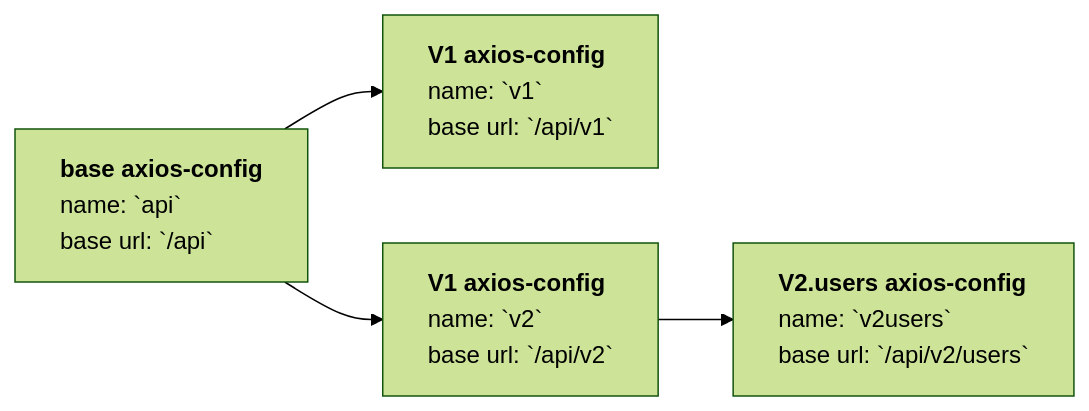
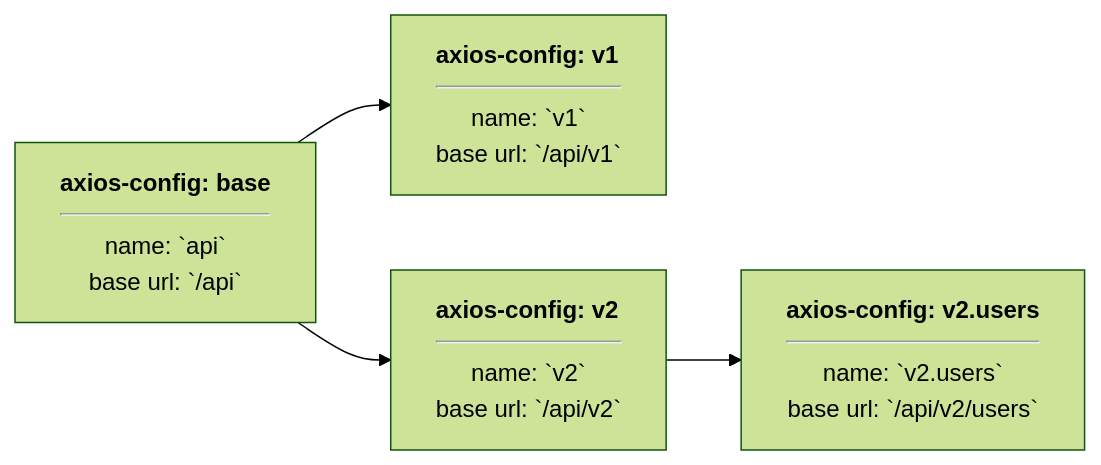
One commit to efureev/layer-request changed the diagram in README.md. Above: the diagram before and after it, drawn with Mermaid (forest theme). The commit also changed other lines of this file and 7 other files, not shown here.

````diff
--- a/README.md
+++ b/README.md
@@ -15,18 +15,18 @@
 ```mermaid
 flowchart LR
-	node[<b>base axios-config</b><br>name: `api`<br>base url: `/api`]
+	node[<b>axios-config: base</b><hr>name: `api`<br>base url: `/api`]
 	
-	node1[<b>V1 axios-config</b><br>name: `v1`<br>base url: `/api/v1`]
-	node2[<b>V1 axios-config</b><br>name: `v2`<br>base url: `/api/v2`]
+	node1[<b>axios-config: v1</b><hr>name: `v1`<br>base url: `/api/v1`]
+	node2[<b>axios-config: v2</b><hr>name: `v2`<br>base url: `/api/v2`]
 	
-	node2User[<b>V2.users axios-config</b><br>name: `v2users`<br>base url: `/api/v2/users`]
+	node2User[<b>axios-config: v2.users</b><hr>name: `v2.users`<br>base url: `/api/v2/users`]
 	
 	style node text-align:left
 	style node1 text-align:left
 	style node2 text-align:left
 	style node2User text-align:left
 	
 	node --> node1
 	node --> node2
 	node2 --> node2User
 ```
````
